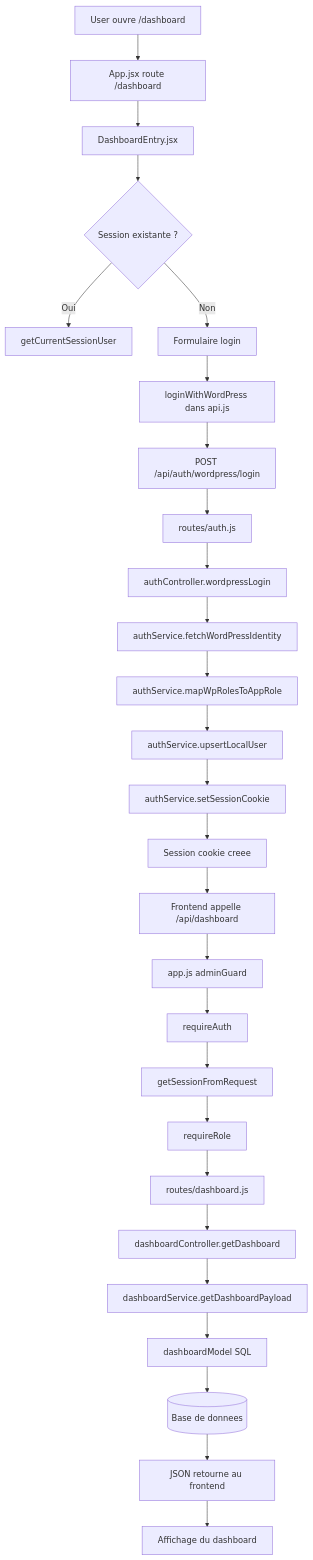
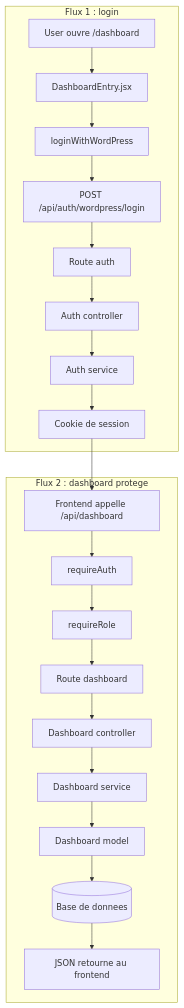
Before and after one commit to samuel-corinthe/MarsAi: the diagram in README.md, drawn with Mermaid. The commit also changed other lines of this file, not shown here.

Commit message:
commit new read

````diff
--- a/README.md
+++ b/README.md
@@ -23,31 +25,31 @@
 ```mermaid
 flowchart TD
-    A[User ouvre /dashboard] --> B[App.jsx route /dashboard]
-    B --> C[DashboardEntry.jsx]
-    C --> D{Session existante ?}
-    D -- Oui --> E[getCurrentSessionUser]
-    D -- Non --> F[Formulaire login]
-    F --> G[loginWithWordPress dans api.js]
-    G --> H[POST /api/auth/wordpress/login]
+    subgraph A[Flux 1 : login]
+        A1[User ouvre /dashboard]
+        A2[DashboardEntry.jsx]
+        A3[loginWithWordPress]
+        A4[POST /api/auth/wordpress/login]
+        A5[Route auth]
+        A6[Auth controller]
+        A7[Auth service]
+        A8[Cookie de session]
 
-    H --> I[routes/auth.js]
-    I --> J[authController.wordpressLogin]
-    J --> K[authService.fetchWordPressIdentity]
-    K --> L[authService.mapWpRolesToAppRole]
-    L --> M[authService.upsertLocalUser]
-    M --> N[authService.setSessionCookie]
+        A1 --> A2 --> A3 --> A4 --> A5 --> A6 --> A7 --> A8
+    end
 
-    N --> O[Session cookie creee]
-    O --> P[Frontend appelle /api/dashboard]
-    P --> Q[app.js adminGuard]
-    Q --> R[requireAuth]
-    R --> S[getSessionFromRequest]
-    S --> T[requireRole]
-    T --> U[routes/dashboard.js]
-    U --> V[dashboardController.getDashboard]
-    V --> W[dashboardService.getDashboardPayload]
-    W --> X[dashboardModel SQL]
-    X --> Y[(Base de donnees)]
-    Y --> Z[JSON retourne au frontend]
-    Z --> AA[Affichage du dashboard]
+    subgraph B[Flux 2 : dashboard protege]
+        B1[Frontend appelle /api/dashboard]
+        B2[requireAuth]
+        B3[requireRole]
+        B4[Route dashboard]
+        B5[Dashboard controller]
+        B6[Dashboard service]
+        B7[Dashboard model]
+        B8[(Base de donnees)]
+        B9[JSON retourne au frontend]
+
+        B1 --> B2 --> B3 --> B4 --> B5 --> B6 --> B7 --> B8 --> B9
+    end
+
+    A8 --> B1
 ```
````
